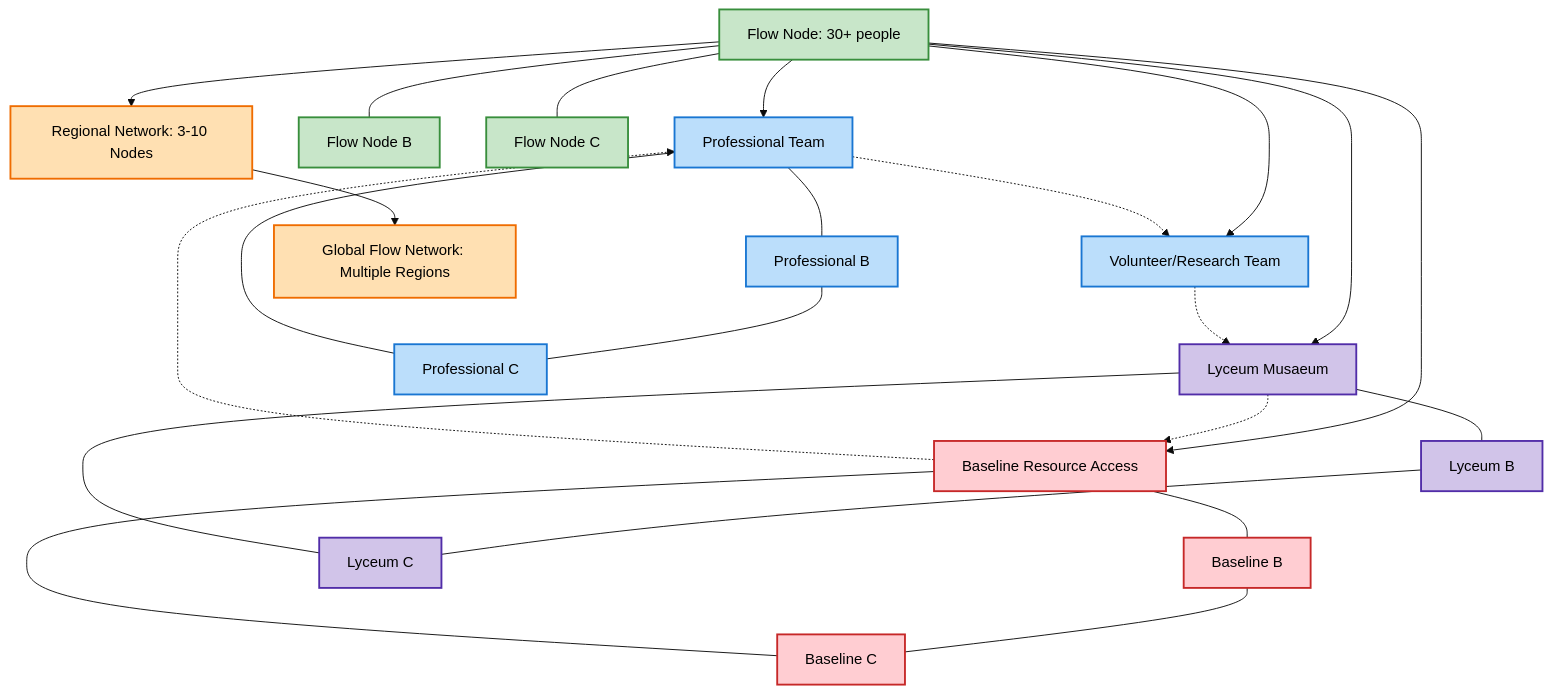
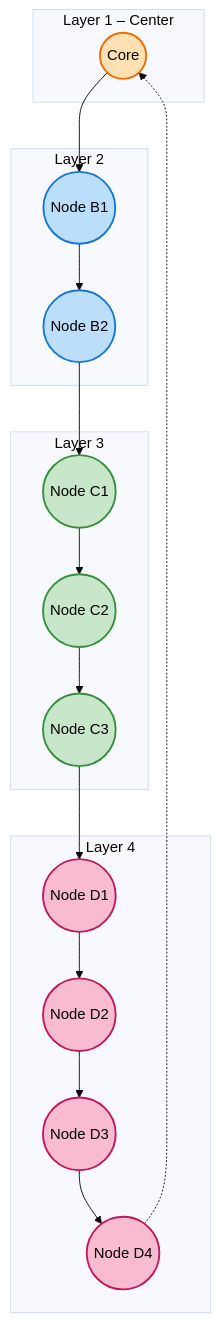
One commit to ExistensialReset/flowmosr changed the diagram in structure_in_flow/FLOW_MASTER_SCHEME.md. Above: the diagram before and after it, drawn with Mermaid (base theme).

````diff
--- a/structure_in_flow/FLOW_MASTER_SCHEME.md
+++ b/structure_in_flow/FLOW_MASTER_SCHEME.md
@@ -1,70 +1,51 @@
 ```mermaid
 graph TD
 
-%% CENTRAL NODE
-FN[Flow Node: 30+ people]
+%% SPIRAL LAYERS
+subgraph L1[Layer 1 – Center]
+A((Core))
+end
 
-%% SATELLITES
-PT[Professional Team]
-VT[Volunteer/Research Team]
-LY[Lyceum Musaeum]
-BL[Baseline Resource Access]
+subgraph L2[Layer 2]
+B1((Node B1))
+B2((Node B2))
+end
 
-%% CONNECTIONS TO CENTER
-FN --> PT
-FN --> VT
-FN --> LY
-FN --> BL
+subgraph L3[Layer 3]
+C1((Node C1))
+C2((Node C2))
+C3((Node C3))
+end
 
-%% LOOP SATELLITES
-PT -.-> VT
-VT -.-> LY
-LY -.-> BL
-BL -.-> PT
+subgraph L4[Layer 4]
+D1((Node D1))
+D2((Node D2))
+D3((Node D3))
+D4((Node D4))
+end
 
-%% INTER-NODE CONNECTIONS
-FN2[Flow Node B]
-FN3[Flow Node C]
-FN --- FN2
-FN --- FN3
+%% SPIRAL CONNECTIONS
+A --> B1
+B1 --> B2
+B2 --> C1
+C1 --> C2
+C2 --> C3
+C3 --> D1
+D1 --> D2
+D2 --> D3
+D3 --> D4
 
-%% BASELINE LINKS
-BL2[Baseline B]
-BL3[Baseline C]
-BL --- BL2
-BL2 --- BL3
-BL3 --- BL
+%% OPTIONAL: LOOP BACK FOR SPIRAL FEEL
+D4 -.-> A
 
-%% PROFESSIONALS
-PT2[Professional B]
-PT3[Professional C]
-PT --- PT2
-PT2 --- PT3
-PT3 --- PT
+%% COLORS
+classDef core fill:#ffe0b2,stroke:#ef6c00,stroke-width:2px,color:#000;
+classDef layer2 fill:#bbdefb,stroke:#1976d2,stroke-width:2px,color:#000;
+classDef layer3 fill:#c8e6c9,stroke:#388e3c,stroke-width:2px,color:#000;
+classDef layer4 fill:#f8bbd0,stroke:#c2185b,stroke-width:2px,color:#000;
 
-%% LYCEUM
-LY2[Lyceum B]
-LY3[Lyceum C]
-LY --- LY2
-LY2 --- LY3
-LY3 --- LY
-
-%% REGIONAL & GLOBAL
-REG[Regional Network: 3-10 Nodes]
-GLOB[Global Flow Network: Multiple Regions]
-FN --> REG
-REG --> GLOB
-
-%% COLOR CLASSES
-classDef node fill:#c8e6c9,stroke:#388e3c,stroke-width:2px,color:#000;
-classDef team fill:#bbdefb,stroke:#1976d2,stroke-width:2px,color:#000;
-classDef lyceum fill:#d1c4e9,stroke:#512da8,stroke-width:2px,color:#000;
-classDef baseline fill:#ffcdd2,stroke:#c62828,stroke-width:2px,color:#000;
-classDef network fill:#ffe0b2,stroke:#ef6c00,stroke-width:2px,color:#000;
-
-class FN,FN2,FN3 node;
-class PT,PT2,PT3,VT team;
-class LY,LY2,LY3 lyceum;
-class BL,BL2,BL3 baseline;
-class REG,GLOB network;
+class A core;
+class B1,B2 layer2;
+class C1,C2,C3 layer3;
+class D1,D2,D3,D4 layer4;
 ```
````
